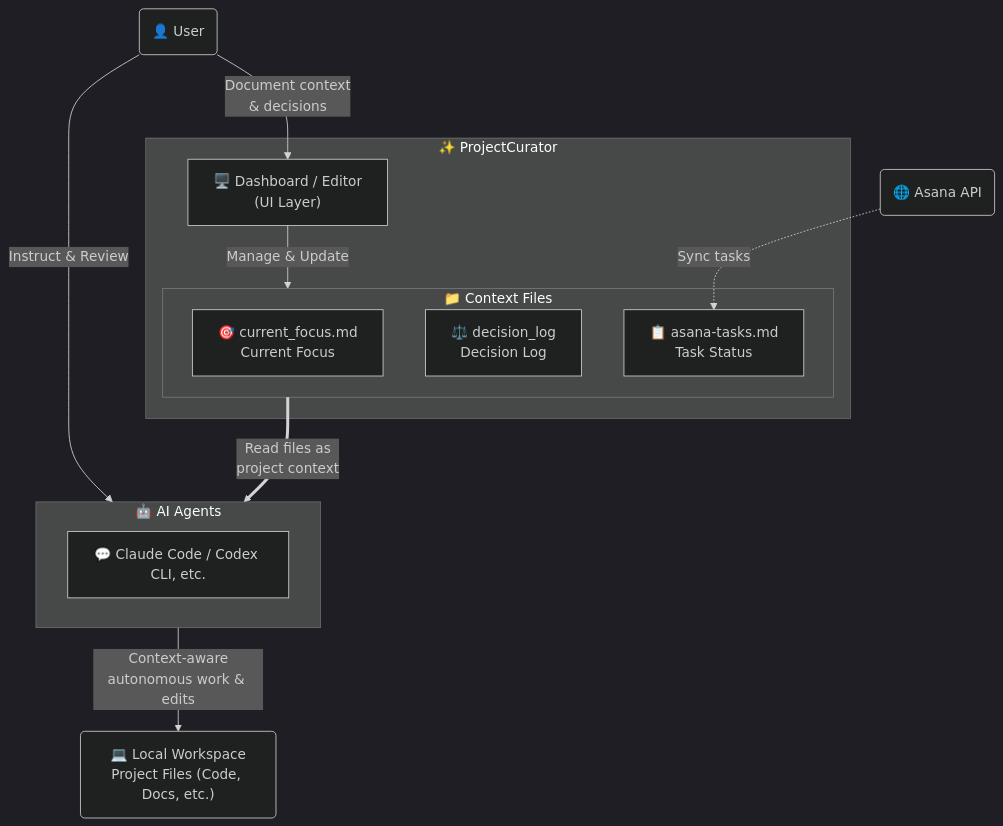
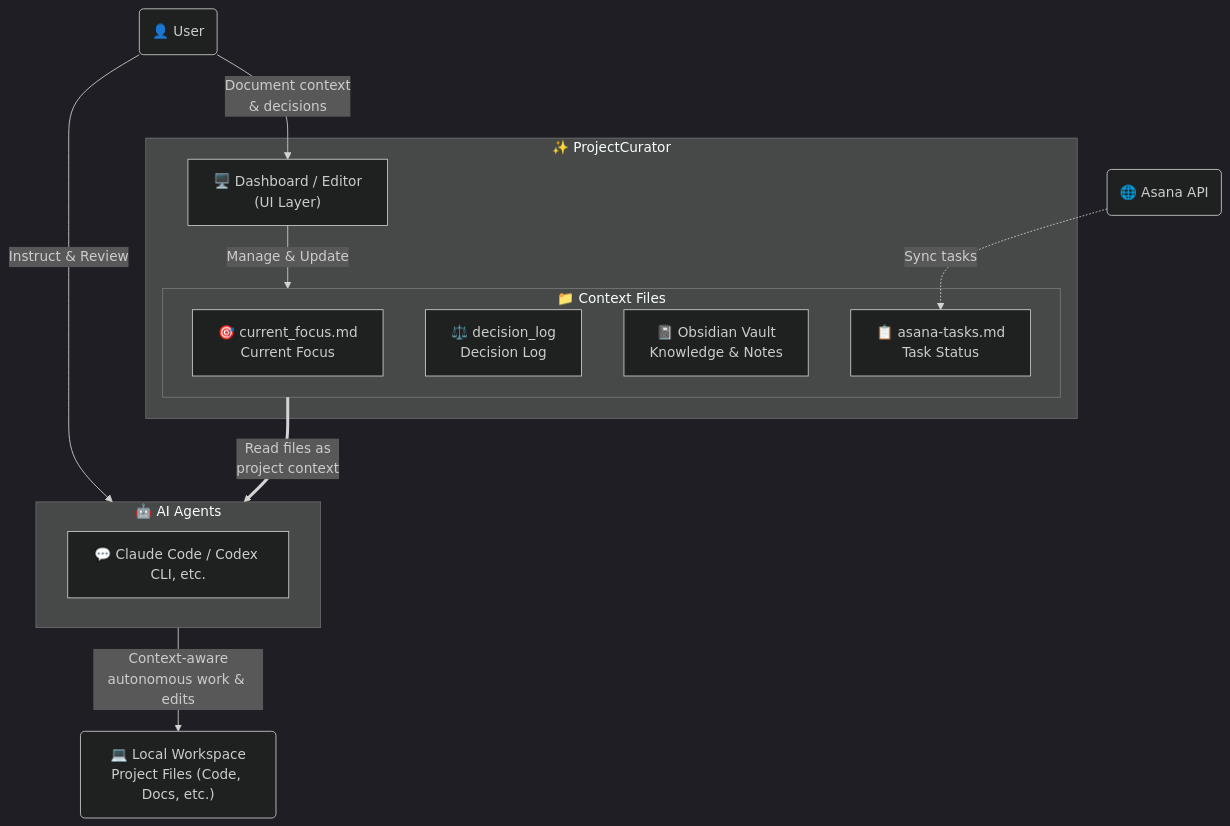
Before and after one commit to yt3trees/ProjectCurator: the diagram in README.md, drawn with Mermaid (dark theme). The commit also changed 1 other file, not shown here.

Commit message:
docs: update workflow diagram with Obsidian notes

````diff
--- a/README.md
+++ b/README.md
@@ -12,34 +12,36 @@
 ```mermaid
 flowchart TD
     User("👤 User")
 
     %% Core Application
     subgraph PC ["✨ ProjectCurator"]
         UI["🖥️ Dashboard / Editor<br>(UI Layer)"]
         
         subgraph MD ["📁 Context Files"]
             F1["🎯 current_focus.md<br>Current Focus"]
             F2["⚖️ decision_log<br>Decision Log"]
+            F4["📓 Obsidian Vault<br>Knowledge & Notes"]
             F3["📋 asana-tasks.md<br>Task Status"]
         end
         
         UI -->|Manage & Update| MD
     end
 
     %% AI Agents & Target
     subgraph AI ["🤖 AI Agents"]
         AgentList["💬 Claude Code / Codex CLI, etc."]
     end
 
     Asana("🌐 Asana API")
     Workspace("💻 Local Workspace<br>Project Files (Code, Docs, etc.)")
 
     %% Relations
+    User -->|Instruct & Review| AI
     User -->|Document context<br>& decisions| UI
-    User -->|Instruct & Review| AI
+    
     Asana -.->|Sync tasks| F3
     
     MD ==>|Read files as<br>project context| AI
     
     AI -->|Context-aware<br>autonomous work & edits| Workspace
 ```
````
